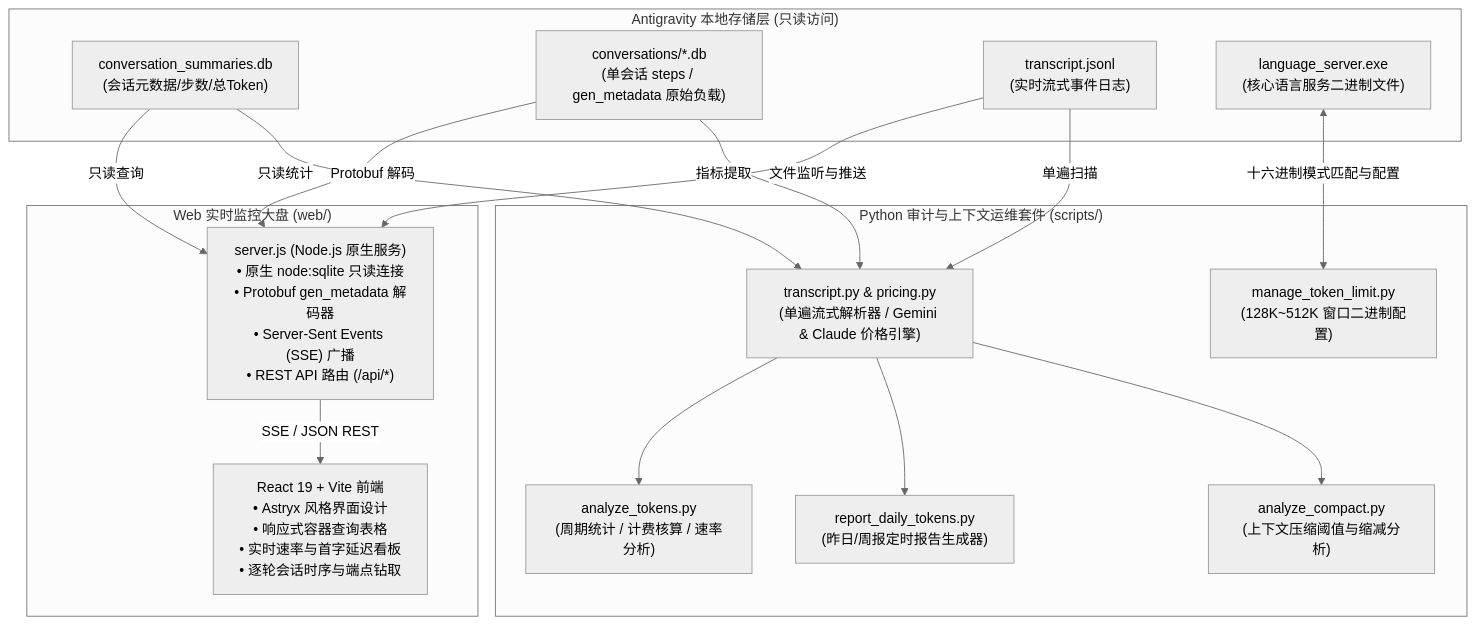
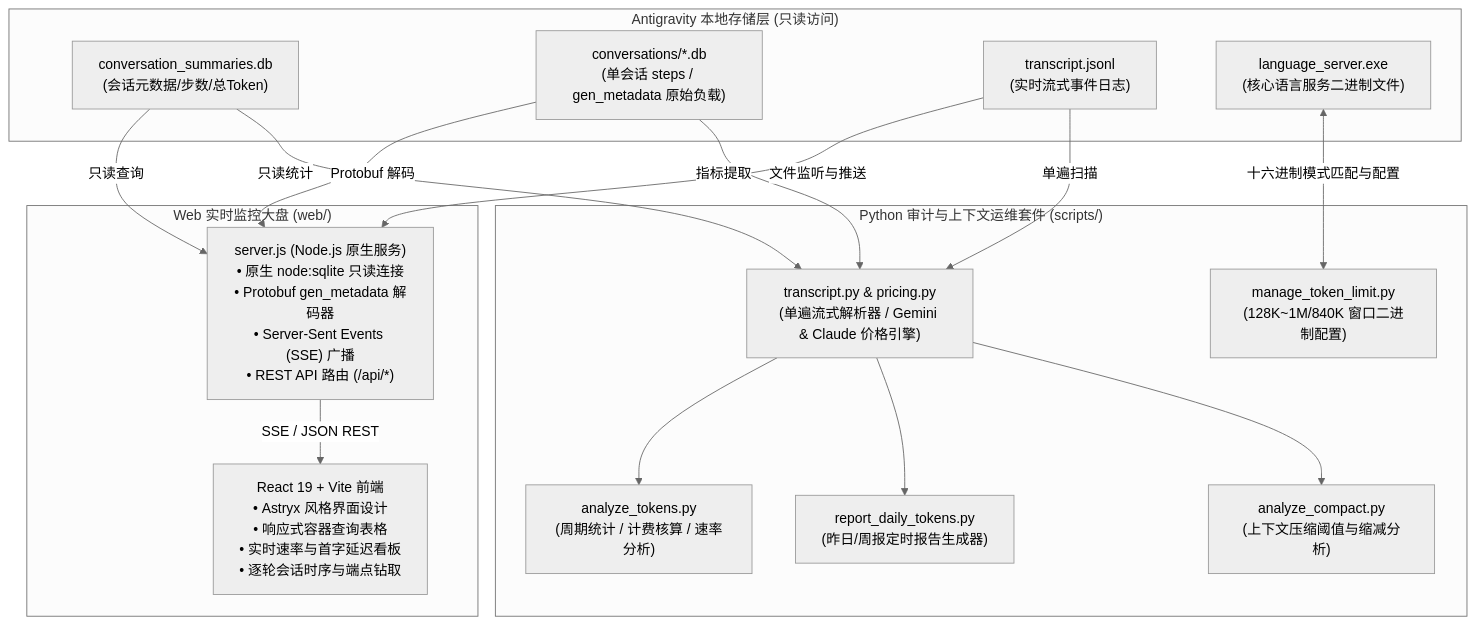
Before and after one commit to NBananapie/anti_token_manager: the diagram in README.md, drawn with Mermaid (neutral theme). The commit also changed other lines of this file and 20 other files, not shown here.

````diff
--- a/README.md
+++ b/README.md
@@ -11,35 +11,35 @@
 ```mermaid
 flowchart TD
     subgraph AntigravityStorage["Antigravity 本地存储层 (只读访问)"]
         DB1["conversation_summaries.db<br/>(会话元数据/步数/总Token)"]
         DB2["conversations/*.db<br/>(单会话 steps / gen_metadata 原始负载)"]
         LOG1["transcript.jsonl<br/>(实时流式事件日志)"]
         BIN1["language_server.exe<br/>(核心语言服务二进制文件)"]
     end
 
     subgraph PythonSuite["Python 审计与上下文运维套件 (scripts/)"]
         P_AUDIT["analyze_tokens.py<br/>(周期统计 / 计费核算 / 速率分析)"]
         P_DAILY["report_daily_tokens.py<br/>(昨日/周报定时报告生成器)"]
         P_COMPACT["analyze_compact.py<br/>(上下文压缩阈值与缩减分析)"]
-        P_LIMIT["manage_token_limit.py<br/>(128K~512K 窗口二进制配置)"]
+        P_LIMIT["manage_token_limit.py<br/>(128K~1M/840K 窗口二进制配置)"]
         P_TRANS["transcript.py & pricing.py<br/>(单遍流式解析器 / Gemini & Claude 价格引擎)"]
     end
 
     subgraph WebMonitor["Web 实时监控大盘 (web/)"]
         SRV["server.js (Node.js 原生服务)<br/>• 原生 node:sqlite 只读连接<br/>• Protobuf gen_metadata 解码器<br/>• Server-Sent Events (SSE) 广播<br/>• REST API 路由 (/api/*)"]
         UI["React 19 + Vite 前端<br/>• Astryx 风格界面设计<br/>• 响应式容器查询表格<br/>• 实时速率与首字延迟看板<br/>• 逐轮会话时序与端点钻取"]
     end
 
     DB1 -->|"只读查询"| SRV
     DB2 -->|"Protobuf 解码"| SRV
     LOG1 -->|"文件监听与推送"| SRV
     SRV -->|"SSE / JSON REST"| UI
 
     DB1 -->|"只读统计"| P_TRANS
     DB2 -->|"指标提取"| P_TRANS
     LOG1 -->|"单遍扫描"| P_TRANS
     P_TRANS --> P_AUDIT
     P_TRANS --> P_DAILY
     P_TRANS --> P_COMPACT
     BIN1 <-->|"十六进制模式匹配与配置"| P_LIMIT
 ```
````
